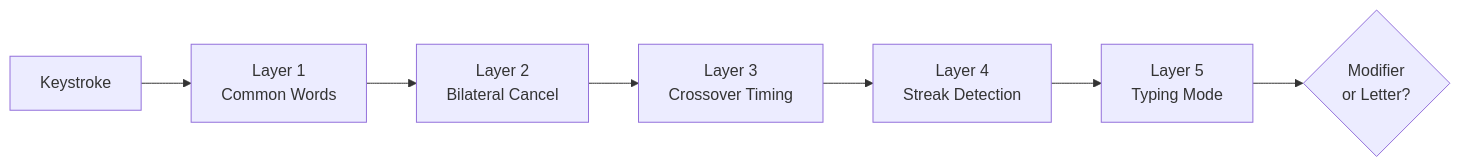
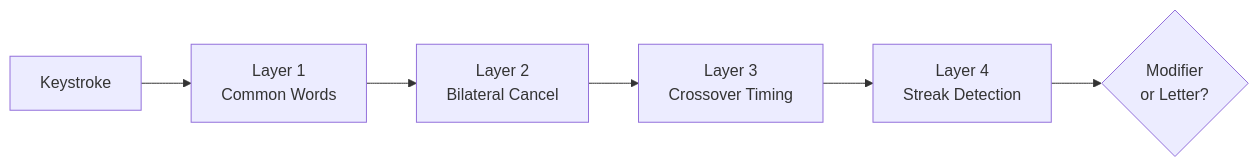
The second of 2 diagrams in docs/components/karabiner.md (Rantaplanb/dotfiles), drawn with Mermaid before and after one commit. The commit also changed other lines of this file and 9 other files, not shown here.

````diff
--- a/docs/components/karabiner.md
+++ b/docs/components/karabiner.md
@@ -53,9 +53,8 @@
 ```mermaid
 flowchart LR
   A[Keystroke] --> B[Layer 1<br/>Common Words]
   B --> C[Layer 2<br/>Bilateral Cancel]
   C --> D[Layer 3<br/>Crossover Timing]
   D --> E[Layer 4<br/>Streak Detection]
-  E --> F[Layer 5<br/>Typing Mode]
-  F --> G{Modifier<br/>or Letter?}
+  E --> F{Modifier<br/>or Letter?}
 ```
````
